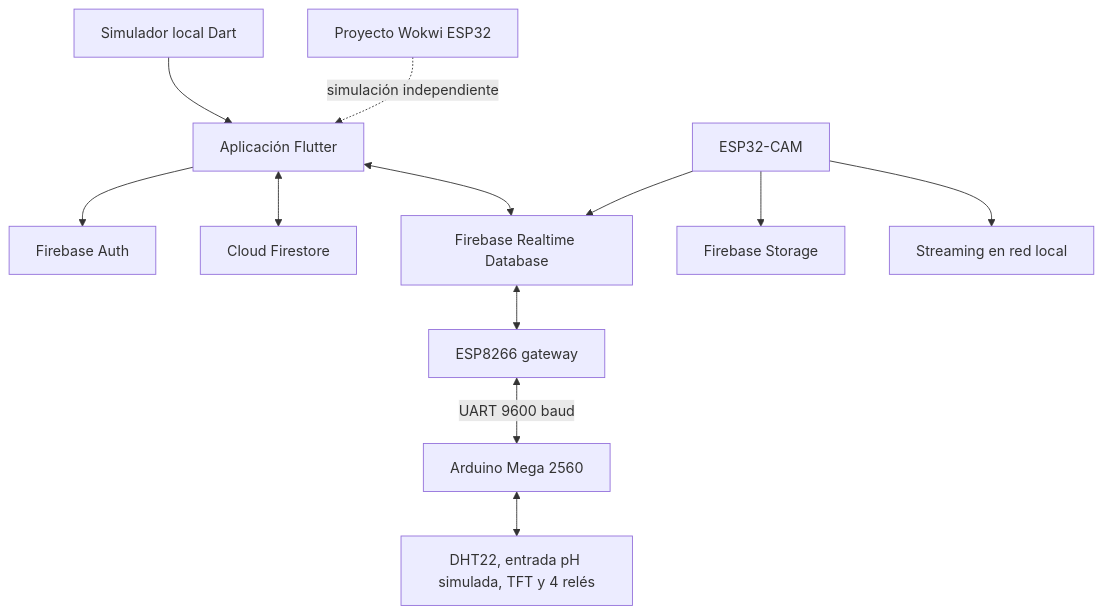
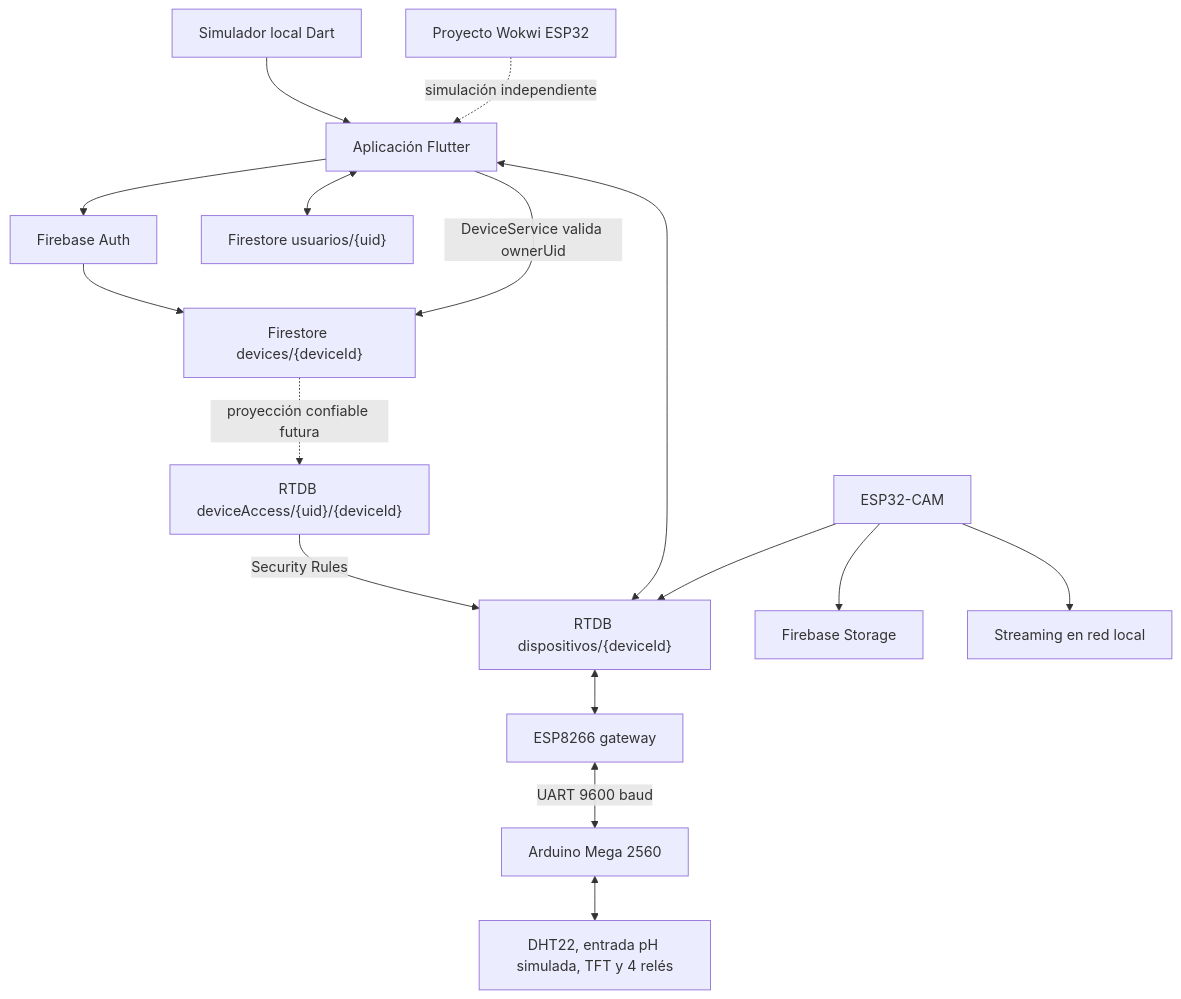
The diagram in docs/architecture.md (ricardochinaski/HydroStack), drawn with Mermaid before and after one commit. The commit also changed other lines of this file, not shown here.

Commit message:
docs: add device ownership architecture

````diff
--- a/docs/architecture.md
+++ b/docs/architecture.md
@@ -7,27 +7,33 @@
 ```mermaid
 flowchart TD
     APP["Aplicación Flutter"]
     AUTH["Firebase Auth"]
-    FS["Cloud Firestore"]
-    RTDB["Firebase Realtime Database"]
+    DEVICES["Firestore devices/{deviceId}"]
+    USERDATA["Firestore usuarios/{uid}"]
+    ACCESS["RTDB deviceAccess/{uid}/{deviceId}"]
+    RTDB["RTDB dispositivos/{deviceId}"]
     STORAGE["Firebase Storage"]
     GW["ESP8266 gateway"]
     MEGA["Arduino Mega 2560"]
     IO["DHT22, entrada pH simulada, TFT y 4 relés"]
     CAM["ESP32-CAM"]
     LOCAL["Streaming en red local"]
     SIM["Simulador local Dart"]
     WOKWI["Proyecto Wokwi ESP32"]
 
     APP --> AUTH
-    APP <--> FS
+    AUTH --> DEVICES
+    APP <--> USERDATA
+    APP -->|"DeviceService valida ownerUid"| DEVICES
+    DEVICES -.->|"proyección confiable futura"| ACCESS
+    ACCESS -->|"Security Rules"| RTDB
     APP <--> RTDB
     RTDB <--> GW
     GW <-->|"UART 9600 baud"| MEGA
     MEGA <--> IO
     CAM --> LOCAL
     CAM --> STORAGE
     CAM --> RTDB
     SIM --> APP
     WOKWI -.->|"simulación independiente"| APP
 ```
````
